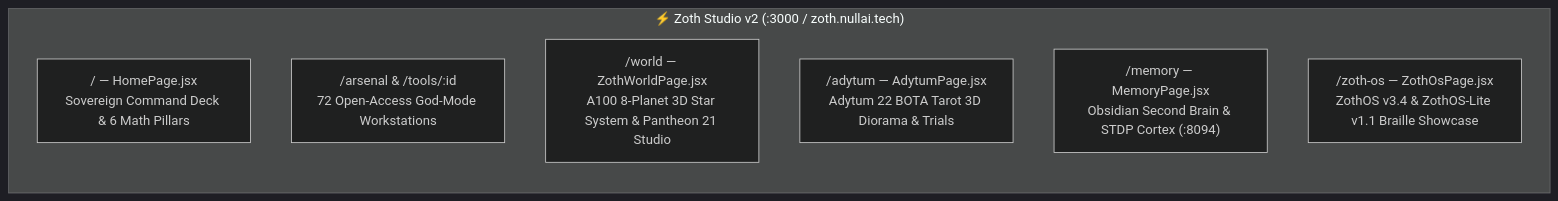
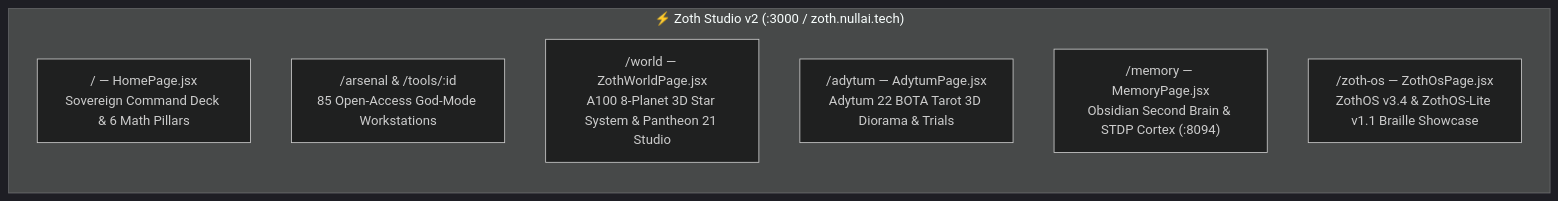
The diagram in config/includes.chroot/etc/skel/Documents/Obsidian Vault/Zoth Studio.md (1nc0gn30/zoth-os), drawn with Mermaid (dark theme) before and after one commit. The commit also changed other lines of this file and 4 other files, not shown here.

````diff
--- a/config/includes.chroot/etc/skel/Documents/Obsidian Vault/Zoth Studio.md
+++ b/config/includes.chroot/etc/skel/Documents/Obsidian Vault/Zoth Studio.md
@@ -46,11 +46,11 @@
 ```mermaid
 flowchart LR
     subgraph StudioCore["⚡ Zoth Studio v2 (:3000 / zoth.nullai.tech)"]
         HOME["/ — HomePage.jsx<br/>Sovereign Command Deck & 6 Math Pillars"]
-        ARSENAL["/arsenal & /tools/:id<br/>72 Open-Access God-Mode Workstations"]
+        ARSENAL["/arsenal & /tools/:id<br/>85 Open-Access God-Mode Workstations"]
         WORLD["/world — ZothWorldPage.jsx<br/>A100 8-Planet 3D Star System & Pantheon 21 Studio"]
         ADYTUM["/adytum — AdytumPage.jsx<br/>Adytum 22 BOTA Tarot 3D Diorama & Trials"]
         MEMORY["/memory — MemoryPage.jsx<br/>Obsidian Second Brain & STDP Cortex (:8094)"]
         ZOS["/zoth-os — ZothOsPage.jsx<br/>ZothOS v3.4 & ZothOS-Lite v1.1 Braille Showcase"]
     end
 ```
````
